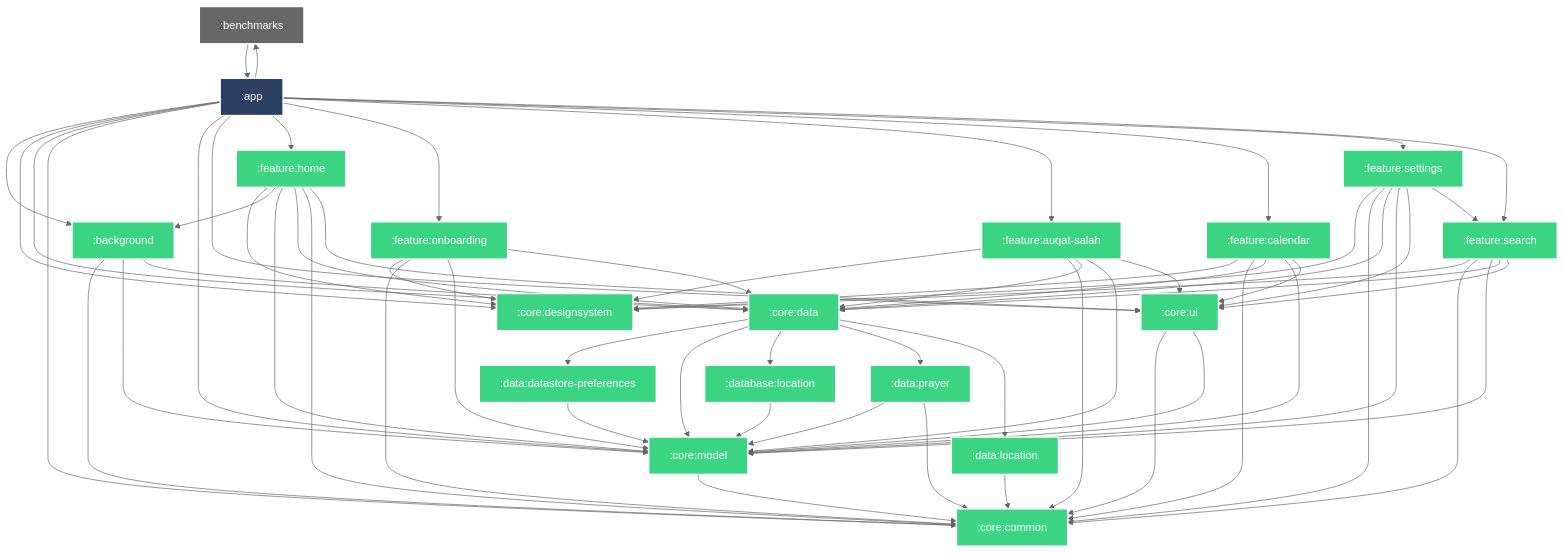
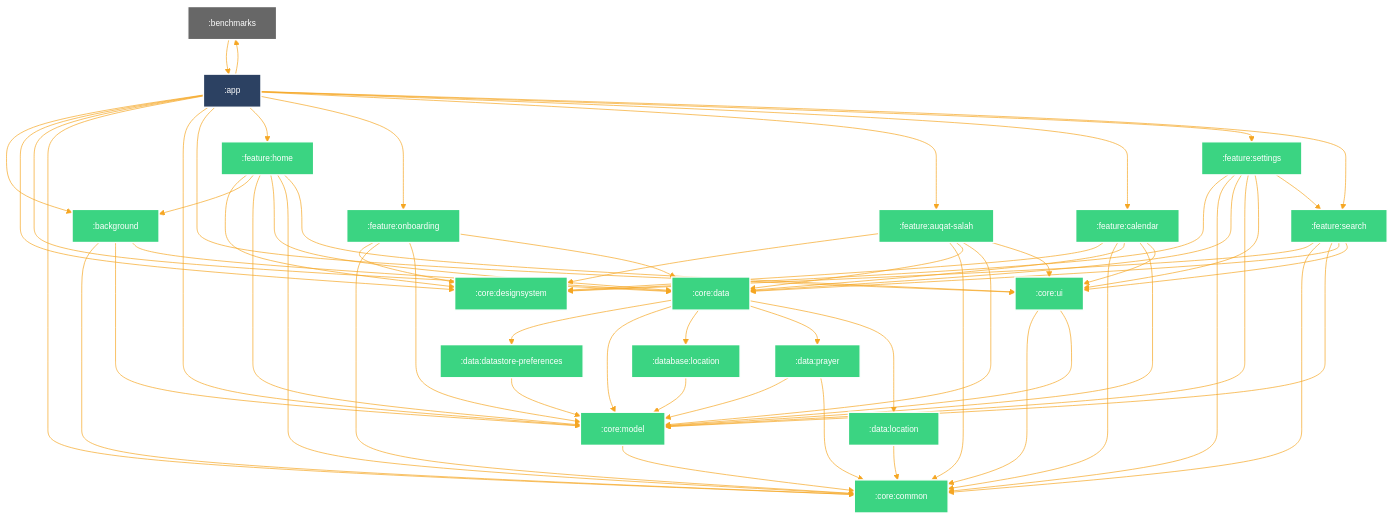
Before and after one commit to MAshhal/VencordThemes: the diagram in README.md, drawn with Mermaid.

````diff
--- a/README.md
+++ b/README.md
@@ -3,7 +3,8 @@
 ```mermaid
 %%{
   init: {
-    'theme': 'neutral'
+    'theme': 'base',
+    'themeVariables': {"primaryTextColor":"#fff","primaryColor":"#5a4f7c","primaryBorderColor":"#5a4f7c","lineColor":"#f5a623","tertiaryColor":"#40375c","fontSize":"12px"}
   }
 }%%
 
````
